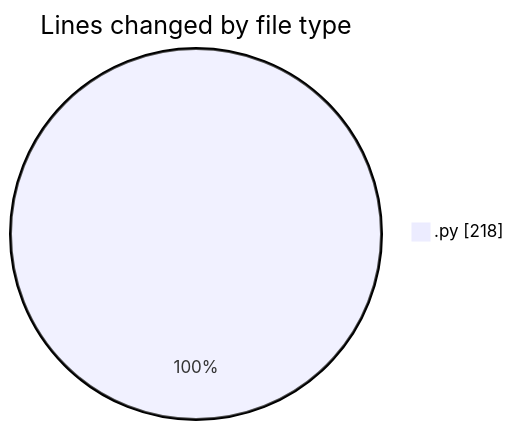
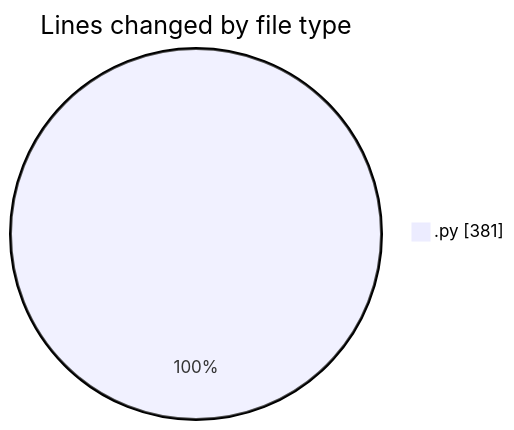
Before and after one commit to idhammustaqopulfikri/code-tracking: the first of 2 diagrams in 2025-10-19/mengetes/README.md, drawn with Mermaid. The commit also changed other lines of this file and 1 other file, not shown here.

````diff
--- a/2025-10-19/mengetes/README.md
+++ b/2025-10-19/mengetes/README.md
@@ -22,5 +22,5 @@
 ```mermaid
 pie showData
 title Lines changed by file type
-".py" : 218
+".py" : 381
 ```
````
